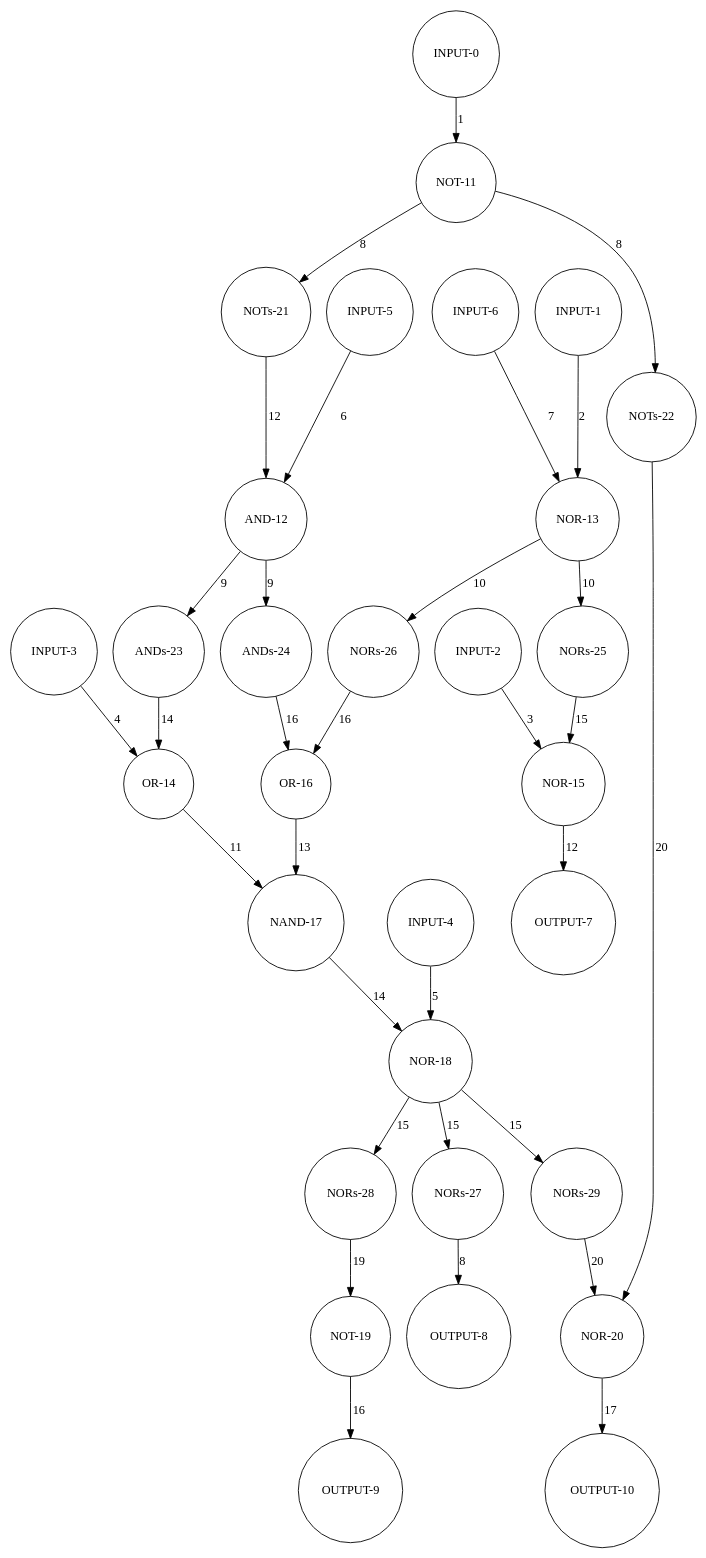
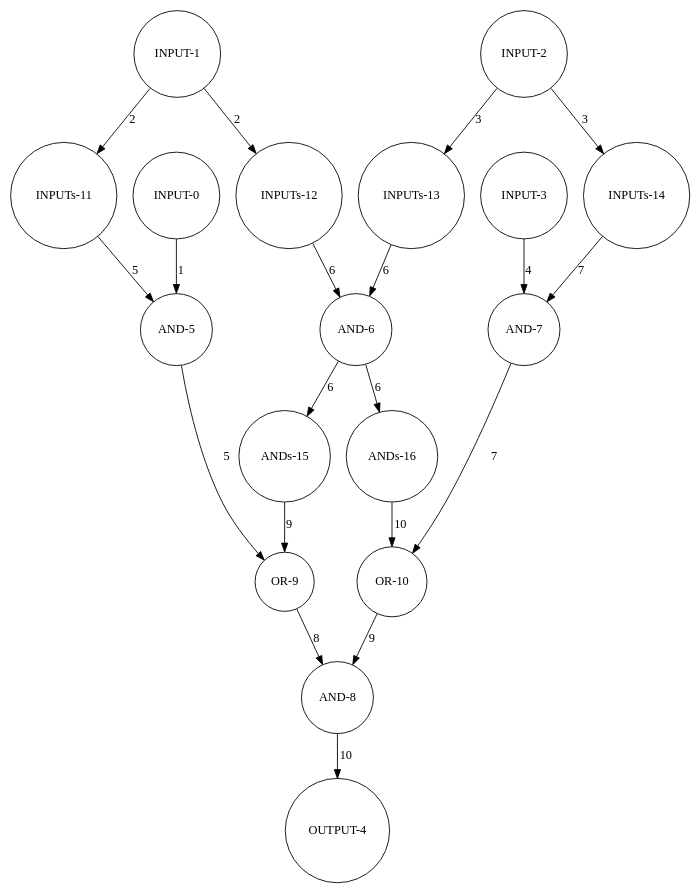
One commit to MakisChristou/ParallelCircuitSimulator changed the diagram in netlist.dot. Above: the diagram before and after it, drawn with Graphviz. The commit also changed 4 other files, not shown here.

```diff
--- a/netlist.dot
+++ b/netlist.dot
@@ -1,63 +1,38 @@
 digraph {
 0 [label="INPUT-0",shape=circle];
 1 [label="INPUT-1",shape=circle];
 2 [label="INPUT-2",shape=circle];
 3 [label="INPUT-3",shape=circle];
-4 [label="INPUT-4",shape=circle];
-5 [label="INPUT-5",shape=circle];
-6 [label="INPUT-6",shape=circle];
-7 [label="OUTPUT-7",shape=circle];
-8 [label="OUTPUT-8",shape=circle];
-9 [label="OUTPUT-9",shape=circle];
-10 [label="OUTPUT-10",shape=circle];
-11 [label="NOT-11",shape=circle];
-12 [label="AND-12",shape=circle];
-13 [label="NOR-13",shape=circle];
-14 [label="OR-14",shape=circle];
-15 [label="NOR-15",shape=circle];
-16 [label="OR-16",shape=circle];
-17 [label="NAND-17",shape=circle];
-18 [label="NOR-18",shape=circle];
-19 [label="NOT-19",shape=circle];
-20 [label="NOR-20",shape=circle];
-21 [label="NOTs-21",shape=circle];
-22 [label="NOTs-22",shape=circle];
-23 [label="ANDs-23",shape=circle];
-24 [label="ANDs-24",shape=circle];
-25 [label="NORs-25",shape=circle];
-26 [label="NORs-26",shape=circle];
-27 [label="NORs-27",shape=circle];
-28 [label="NORs-28",shape=circle];
-29 [label="NORs-29",shape=circle];
-0 -> 11[label="1"];
-1 -> 13[label="2"];
-2 -> 15[label="3"];
-3 -> 14[label="4"];
-4 -> 18[label="5"];
-5 -> 12[label="6"];
-6 -> 13[label="7"];
-11 -> 21[label="8"];
-11 -> 22[label="8"];
-12 -> 23[label="9"];
-12 -> 24[label="9"];
-13 -> 25[label="10"];
-13 -> 26[label="10"];
-14 -> 17[label="11"];
-15 -> 7[label="12"];
-16 -> 17[label="13"];
-17 -> 18[label="14"];
-18 -> 27[label="15"];
-18 -> 28[label="15"];
-18 -> 29[label="15"];
-19 -> 9[label="16"];
-20 -> 10[label="17"];
-21 -> 12[label="12"];
-22 -> 20[label="20"];
-23 -> 14[label="14"];
-24 -> 16[label="16"];
-25 -> 15[label="15"];
-26 -> 16[label="16"];
-27 -> 8[label="8"];
-28 -> 19[label="19"];
-29 -> 20[label="20"];
+4 [label="OUTPUT-4",shape=circle];
+5 [label="AND-5",shape=circle];
+6 [label="AND-6",shape=circle];
+7 [label="AND-7",shape=circle];
+8 [label="AND-8",shape=circle];
+9 [label="OR-9",shape=circle];
+10 [label="OR-10",shape=circle];
+11 [label="INPUTs-11",shape=circle];
+12 [label="INPUTs-12",shape=circle];
+13 [label="INPUTs-13",shape=circle];
+14 [label="INPUTs-14",shape=circle];
+15 [label="ANDs-15",shape=circle];
+16 [label="ANDs-16",shape=circle];
+0 -> 5[label="1"];
+1 -> 11[label="2"];
+1 -> 12[label="2"];
+2 -> 13[label="3"];
+2 -> 14[label="3"];
+3 -> 7[label="4"];
+5 -> 9[label="5"];
+6 -> 15[label="6"];
+6 -> 16[label="6"];
+7 -> 10[label="7"];
+8 -> 4[label="10"];
+9 -> 8[label="8"];
+10 -> 8[label="9"];
+11 -> 5[label="5"];
+12 -> 6[label="6"];
+13 -> 6[label="6"];
+14 -> 7[label="7"];
+15 -> 9[label="9"];
+16 -> 10[label="10"];
 }
```
